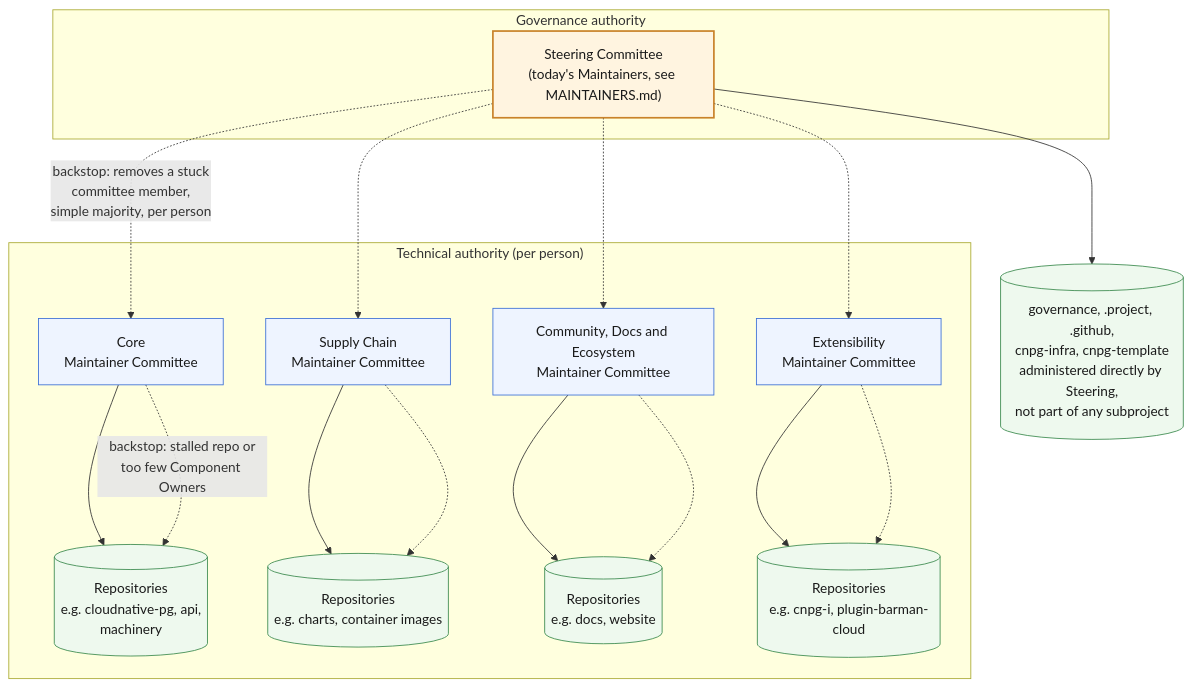
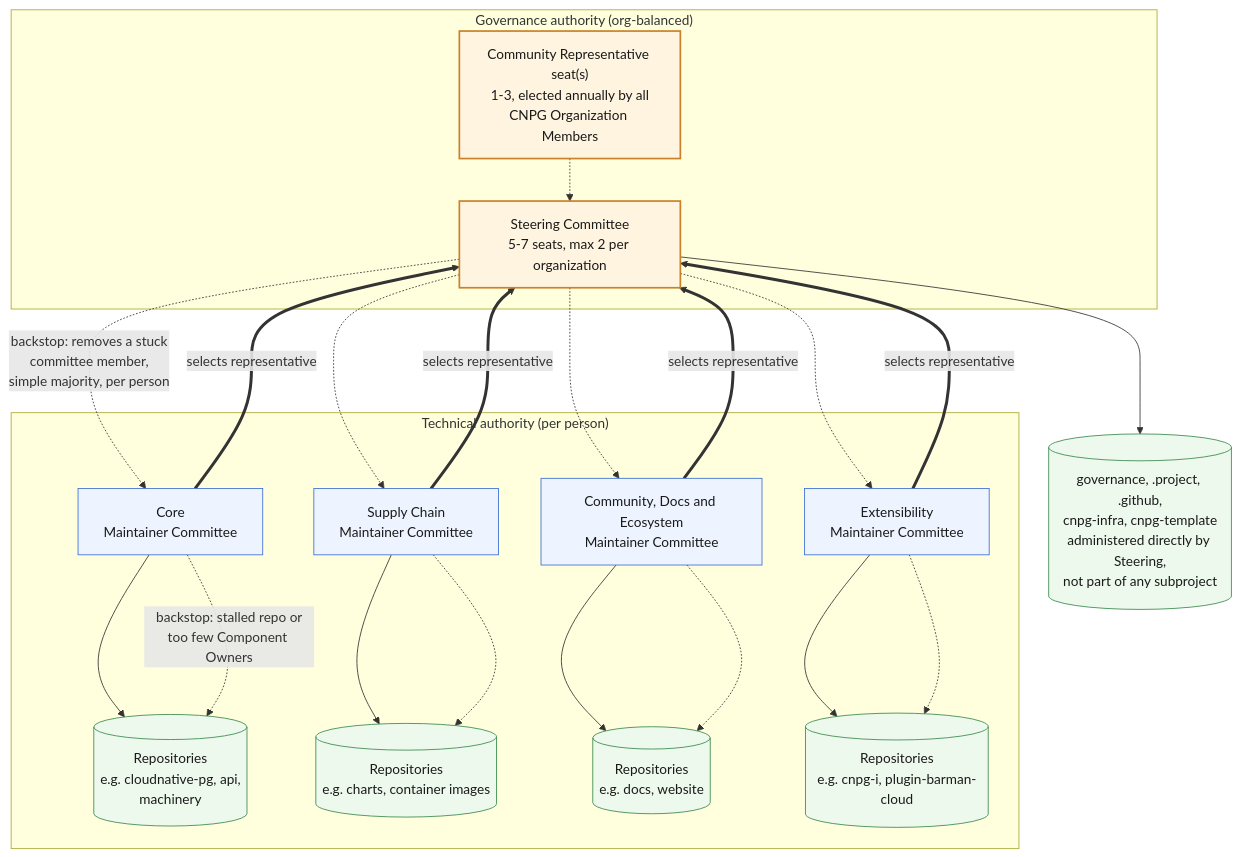
One commit to cloudnative-pg/governance changed the diagram in GOVERNANCE.md. Above: the diagram before and after it, drawn with Mermaid. The commit also changed other lines of this file and 2 other files, not shown here.

````diff
--- a/GOVERNANCE.md
+++ b/GOVERNANCE.md
@@ -82,44 +88,51 @@
 ```mermaid
 flowchart TD
-    subgraph GOV["Governance authority"]
-        SC["Steering Committee<br/>(today's Maintainers, see MAINTAINERS.md)"]
+    subgraph GOV["Governance authority (org-balanced)"]
+        SC["Steering Committee<br/>5-7 seats, max 2 per organization"]
+        CR["Community Representative seat(s)<br/>1-3, elected annually by all<br/>CNPG Organization Members"]
     end
 
     subgraph TECH["Technical authority (per person)"]
         CPC["Core<br/>Maintainer Committee"]
         SUC["Supply Chain<br/>Maintainer Committee"]
         CDC["Community, Docs and Ecosystem<br/>Maintainer Committee"]
         EXC["Extensibility<br/>Maintainer Committee"]
 
         CPR[("Repositories<br/>e.g. cloudnative-pg, api,<br/>machinery")]
         SUR[("Repositories<br/>e.g. charts, container images")]
         CDR[("Repositories<br/>e.g. docs, website")]
         EXR[("Repositories<br/>e.g. cnpg-i, plugin-barman-cloud")]
 
         CPC --> CPR
         SUC --> SUR
         CDC --> CDR
         EXC --> EXR
     end
 
     GREPO[("governance, .project, .github,<br/>cnpg-infra, cnpg-template<br/>administered directly by Steering,<br/>not part of any subproject")]
     SC --> GREPO
 
+    CPC ==>|selects representative| SC
+    SUC ==>|selects representative| SC
+    CDC ==>|selects representative| SC
+    EXC ==>|selects representative| SC
+    CR -.-> SC
+
     SC -.->|"backstop: removes a stuck<br/>committee member,<br/>simple majority, per person"| CPC
     SC -.-> SUC
     SC -.-> CDC
     SC -.-> EXC
 
     CPC -.->|"backstop: stalled repo or<br/>too few Component Owners"| CPR
     SUC -.-> SUR
     CDC -.-> CDR
     EXC -.-> EXR
 
     classDef gov fill:#fff4e0,stroke:#c9822a,stroke-width:2px,color:#1a1a1a;
     classDef committee fill:#eef4ff,stroke:#3b6fd6,stroke-width:1px,color:#1a1a1a;
     classDef repo fill:#eef9ee,stroke:#3a8a4d,stroke-width:1px,color:#1a1a1a;
 
-    class SC gov;
+    class SC,CR gov;
     class CPC,SUC,CDC,EXC committee;
     class CPR,SUR,CDR,EXR,GREPO repo;
 ```
````
